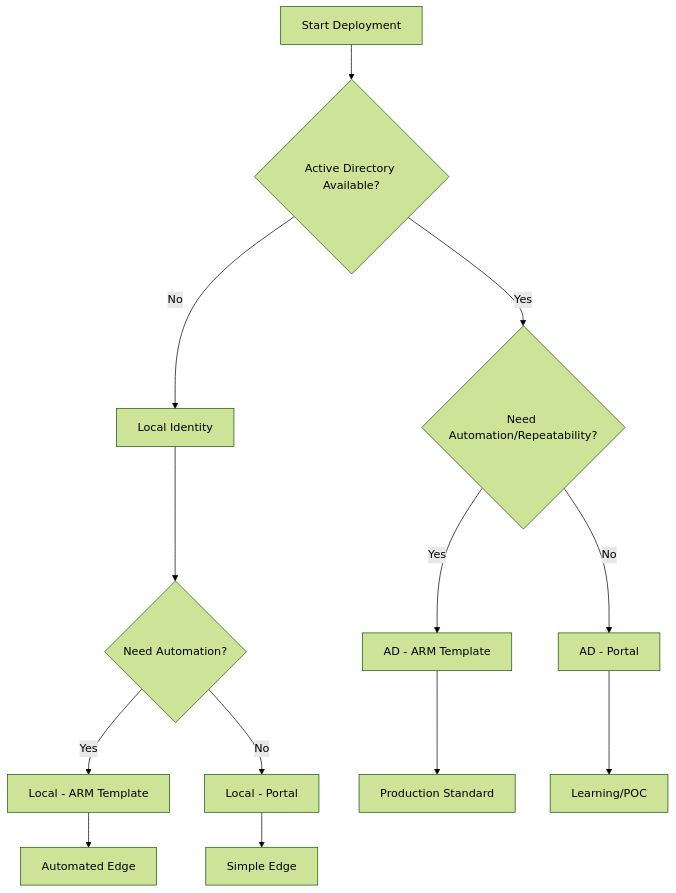
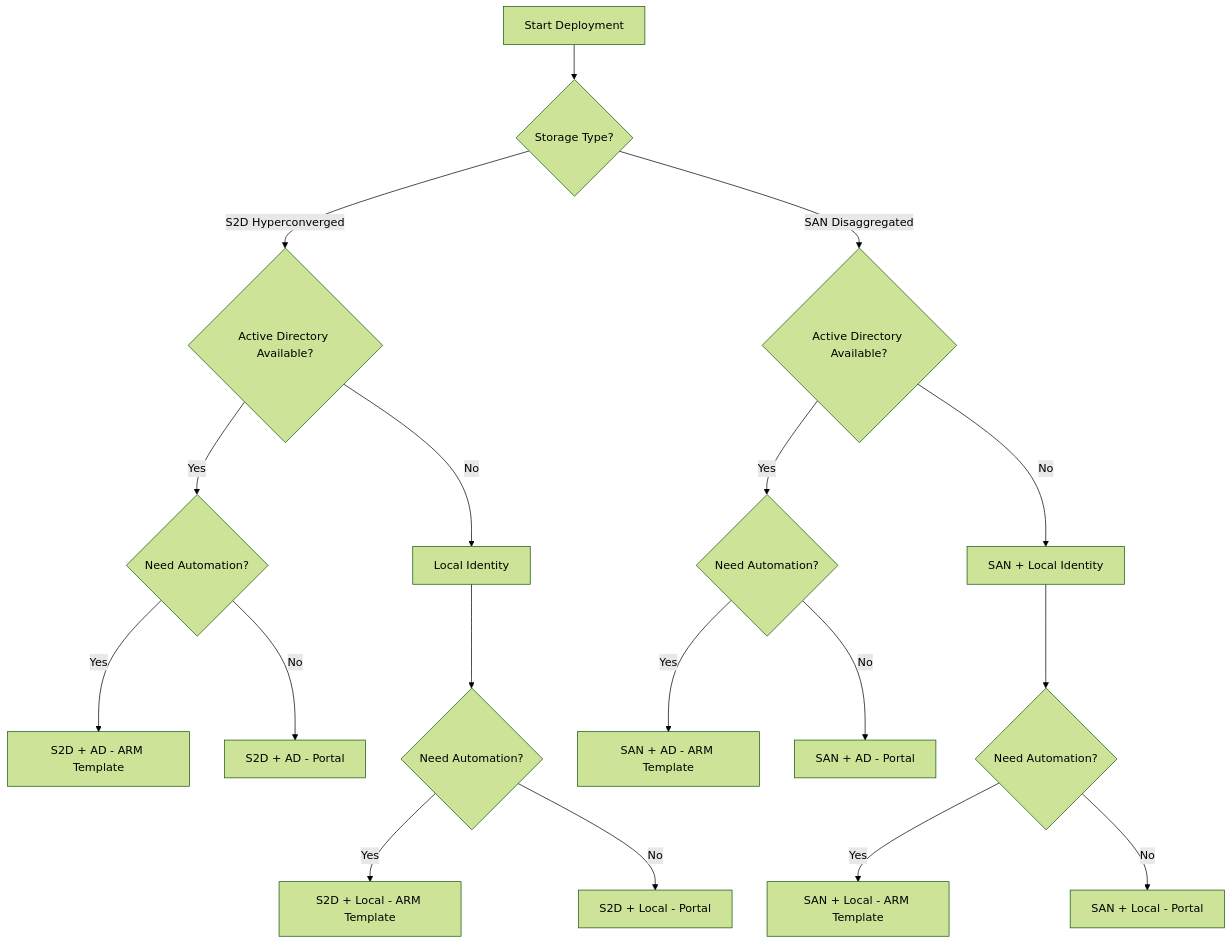
One commit to AzureLocal/azurelocal.github.io changed the diagram in docs/implementation/04-cluster-deployment/phase-05-cluster-deployment/deployment-methods/index.mdx. Above: the diagram before and after it, drawn with Mermaid (forest theme). The commit also changed other lines of this file and 21 other files, not shown here.

First line of the commit message:
feat(docs): add Azure Local 2604 features — Simplified Provisioning, SAN deployment, Local Identity GA

````diff
--- a/docs/implementation/04-cluster-deployment/phase-05-cluster-deployment/deployment-methods/index.mdx
+++ b/docs/implementation/04-cluster-deployment/phase-05-cluster-deployment/deployment-methods/index.mdx
@@ -106,16 +118,20 @@
 ```mermaid
 graph TD
- A[Start Deployment] --> B{Active Directory Available?}
- B -->|Yes| C{Need Automation/Repeatability?}
- B -->|No| D[Local Identity]
- C -->|Yes| E[AD - ARM Template]
- C -->|No| F[AD - Portal]
- D --> G{Need Automation?}
- G -->|Yes| H[Local - ARM Template]
- G -->|No| I[Local - Portal]
- 
- E --> J[Production Standard]
- F --> K[Learning/POC]
- H --> L[Automated Edge]
- I --> M[Simple Edge]
+  A[Start Deployment] --> S{Storage Type?}
+  S -->|S2D Hyperconverged| B{Active Directory Available?}
+  S -->|SAN Disaggregated| B2{Active Directory Available?}
+  B -->|Yes| C{Need Automation?}
+  B -->|No| D[Local Identity]
+  C -->|Yes| E[S2D + AD - ARM Template]
+  C -->|No| F[S2D + AD - Portal]
+  D --> G{Need Automation?}
+  G -->|Yes| H[S2D + Local - ARM Template]
+  G -->|No| I[S2D + Local - Portal]
+  B2 -->|Yes| C2{Need Automation?}
+  B2 -->|No| D2[SAN + Local Identity]
+  C2 -->|Yes| E2[SAN + AD - ARM Template]
+  C2 -->|No| F2[SAN + AD - Portal]
+  D2 --> G2{Need Automation?}
+  G2 -->|Yes| H2[SAN + Local - ARM Template]
+  G2 -->|No| I2[SAN + Local - Portal]
 ```
````
